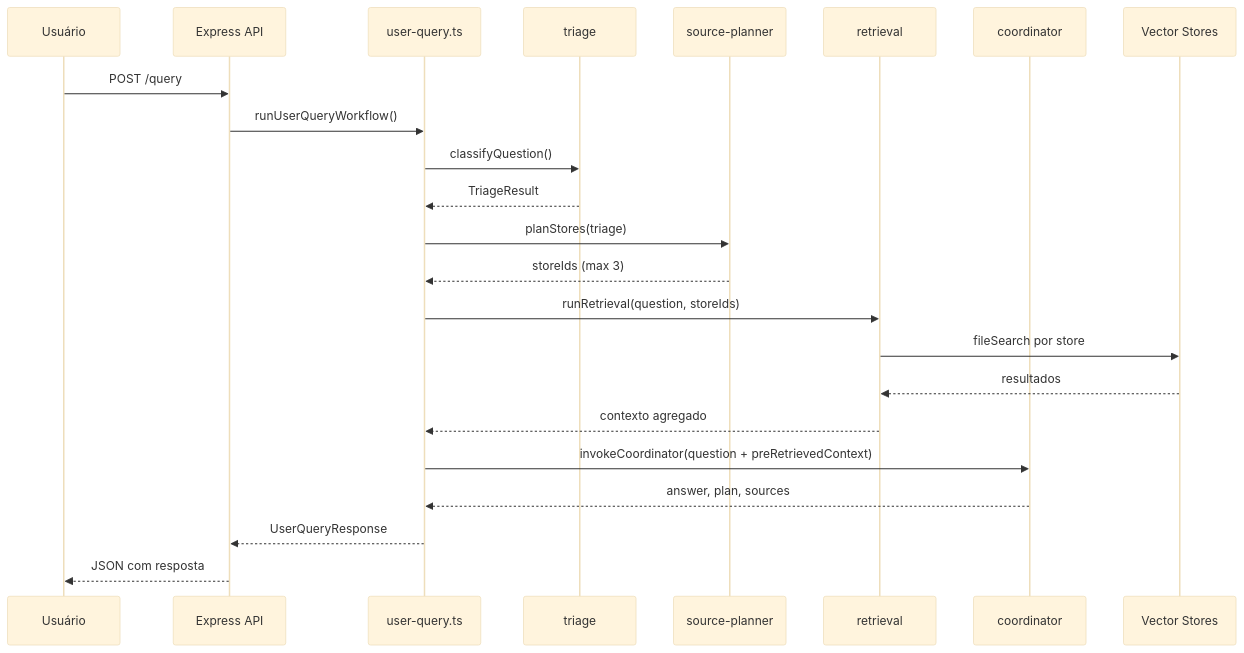
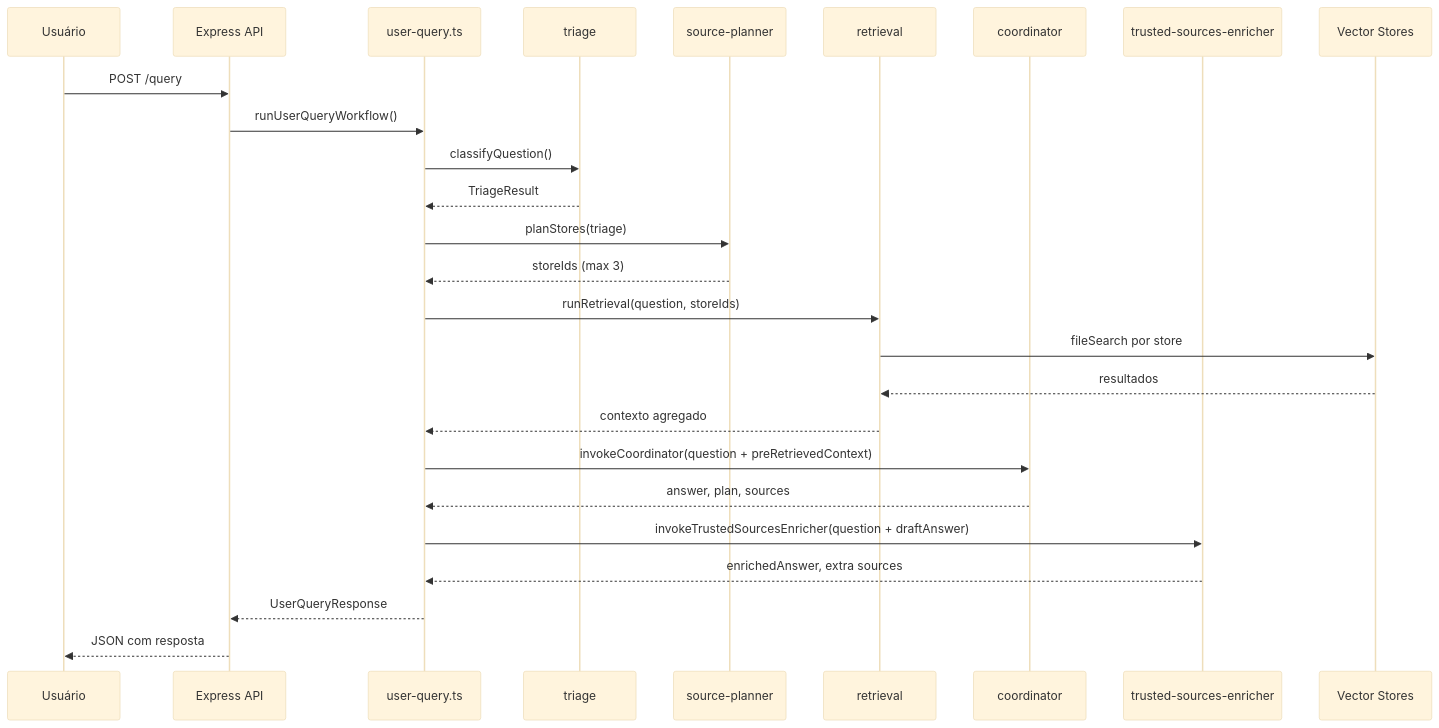
The first of 2 diagrams in docs/WORKFLOWS.md (whitebeardit/tax-virtual-office), drawn with Mermaid (base theme) before and after one commit. The commit also changed other lines of this file and 18 other files, not shown here.

````diff
--- a/docs/WORKFLOWS.md
+++ b/docs/WORKFLOWS.md
@@ -28,26 +28,29 @@
 ```mermaid
 sequenceDiagram
     participant U as Usuário
     participant API as Express API
     participant W as user-query.ts
     participant T as triage
     participant P as source-planner
     participant R as retrieval
     participant C as coordinator
+    participant E as trusted-sources-enricher
     participant VS as Vector Stores
 
     U->>API: POST /query
     API->>W: runUserQueryWorkflow()
     W->>T: classifyQuestion()
     T-->>W: TriageResult
     W->>P: planStores(triage)
     P-->>W: storeIds (max 3)
     W->>R: runRetrieval(question, storeIds)
     R->>VS: fileSearch por store
     VS-->>R: resultados
     R-->>W: contexto agregado
     W->>C: invokeCoordinator(question + preRetrievedContext)
     C-->>W: answer, plan, sources
+    W->>E: invokeTrustedSourcesEnricher(question + draftAnswer)
+    E-->>W: enrichedAnswer, extra sources
     W-->>API: UserQueryResponse
     API-->>U: JSON com resposta
 ```
````
